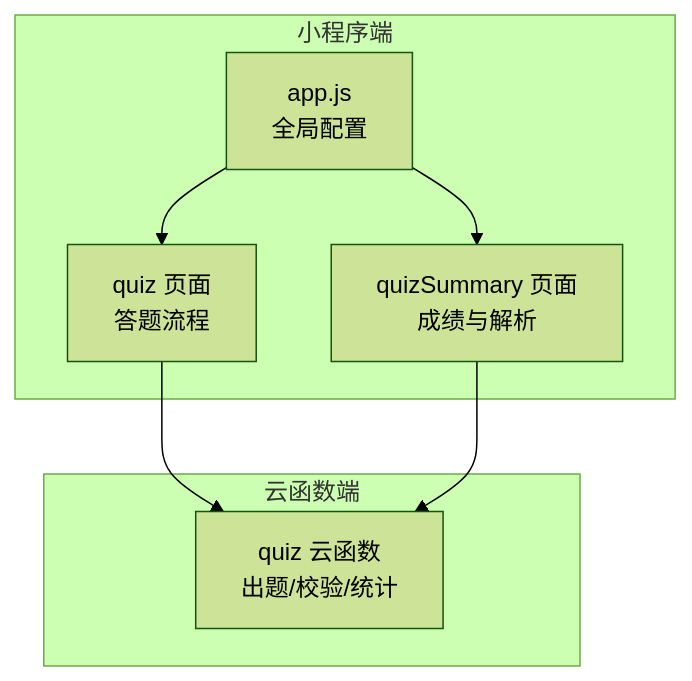
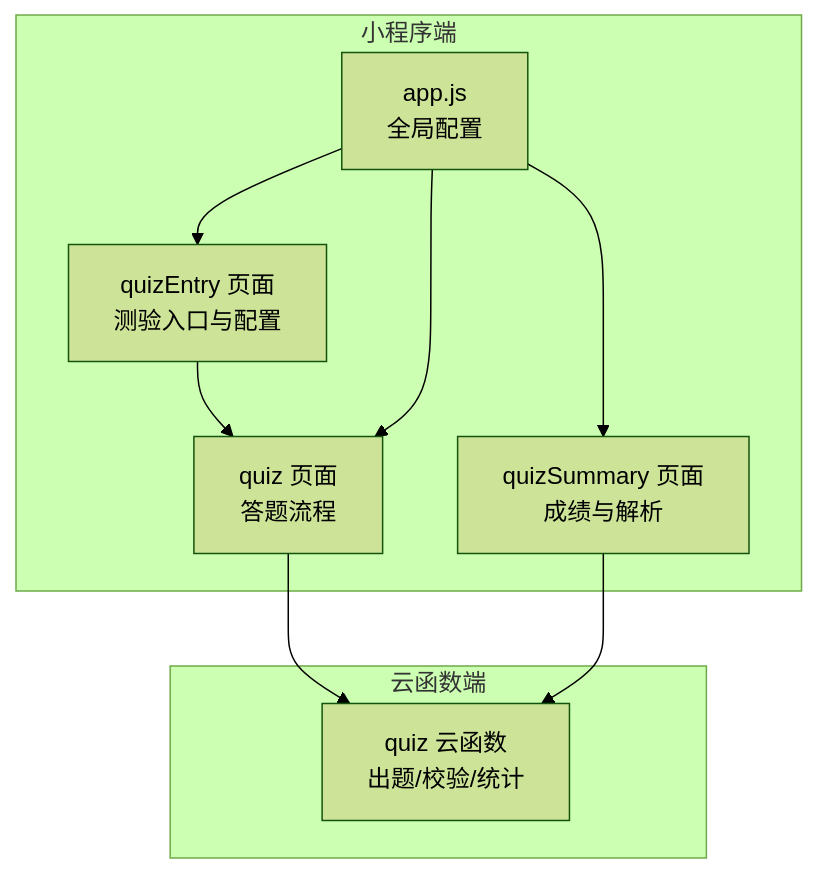
The first of 13 diagrams in .qoder/repowiki/zh/content/核心功能模块/测验系统/测验系统.md (cwb7756/bio), drawn with Mermaid (forest theme) before and after one commit. The commit also changed other lines of this file and 46 other files, not shown here.

````diff
--- a/.qoder/repowiki/zh/content/核心功能模块/测验系统/测验系统.md
+++ b/.qoder/repowiki/zh/content/核心功能模块/测验系统/测验系统.md
@@ -34,15 +46,18 @@
 ```mermaid
 graph TB
 subgraph "小程序端"
+QE["quizEntry 页面<br/>测验入口与配置"]
 Q["quiz 页面<br/>答题流程"]
 QS["quizSummary 页面<br/>成绩与解析"]
 APP["app.js<br/>全局配置"]
 end
 subgraph "云函数端"
 QF["quiz 云函数<br/>出题/校验/统计"]
 end
+QE --> Q
 Q --> QF
 QS --> QF
+APP --> QE
 APP --> Q
 APP --> QS
 ```
````
